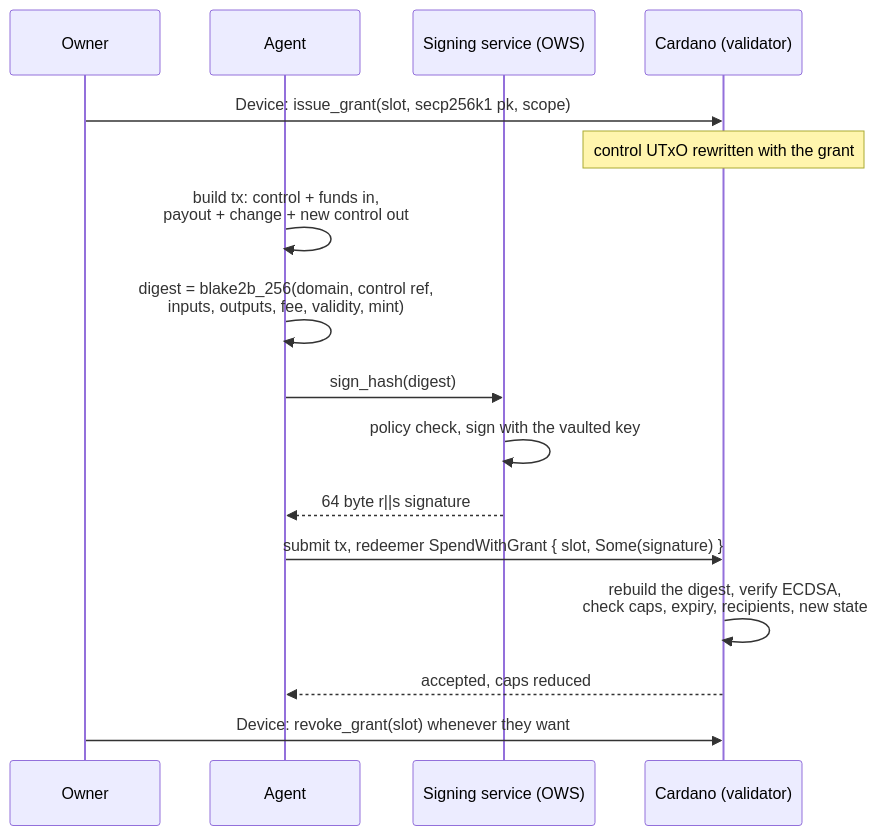
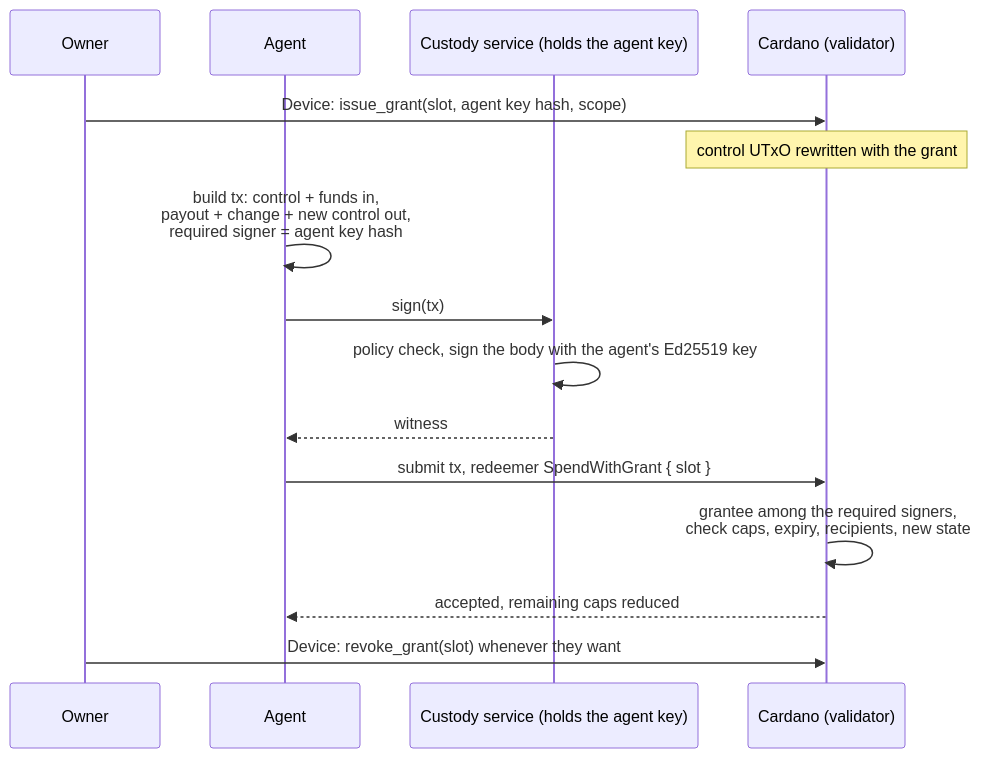
One commit to Biglup/cardano-account-custody-contract changed the fifth of 5 diagrams in README.md. Above: the diagram before and after it, drawn with Mermaid. The commit also changed other lines of this file and 1 other file, not shown here.

Commit message:
docs: describe the stake credential, permanence and the final grant model

````diff
--- a/README.md
+++ b/README.md
@@ -148,20 +190,19 @@
 ```mermaid
 sequenceDiagram
     participant Owner
     participant Agent
-    participant OWS as Signing service (OWS)
+    participant Custody as Custody service (holds the agent key)
     participant Chain as Cardano (validator)
 
-    Owner->>Chain: Device: issue_grant(slot, secp256k1 pk, scope)
+    Owner->>Chain: Device: issue_grant(slot, agent key hash, scope)
     Note over Chain: control UTxO rewritten with the grant
 
-    Agent->>Agent: build tx: control + funds in,<br/>payout + change + new control out
-    Agent->>Agent: digest = blake2b_256(domain, control ref,<br/>inputs, outputs, fee, validity, mint)
-    Agent->>OWS: sign_hash(digest)
-    OWS->>OWS: policy check, sign with the vaulted key
-    OWS-->>Agent: 64 byte r||s signature
-    Agent->>Chain: submit tx, redeemer SpendWithGrant { slot, Some(signature) }
-    Chain->>Chain: rebuild the digest, verify ECDSA,<br/>check caps, expiry, recipients, new state
-    Chain-->>Agent: accepted, caps reduced
+    Agent->>Agent: build tx: control + funds in,<br/>payout + change + new control out,<br/>required signer = agent key hash
+    Agent->>Custody: sign(tx)
+    Custody->>Custody: policy check, sign the body with the agent's Ed25519 key
+    Custody-->>Agent: witness
+    Agent->>Chain: submit tx, redeemer SpendWithGrant { slot }
+    Chain->>Chain: grantee among the required signers,<br/>check caps, expiry, recipients, new state
+    Chain-->>Agent: accepted, remaining caps reduced
     Owner->>Chain: Device: revoke_grant(slot) whenever they want
 ```
````
